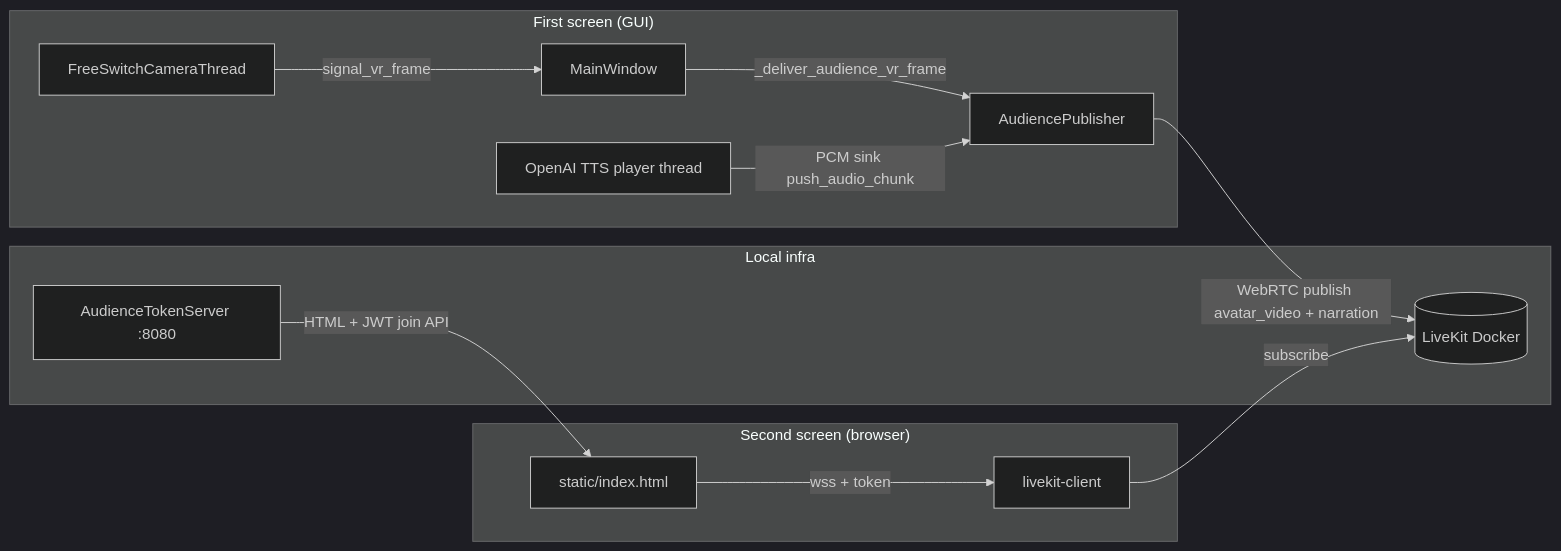
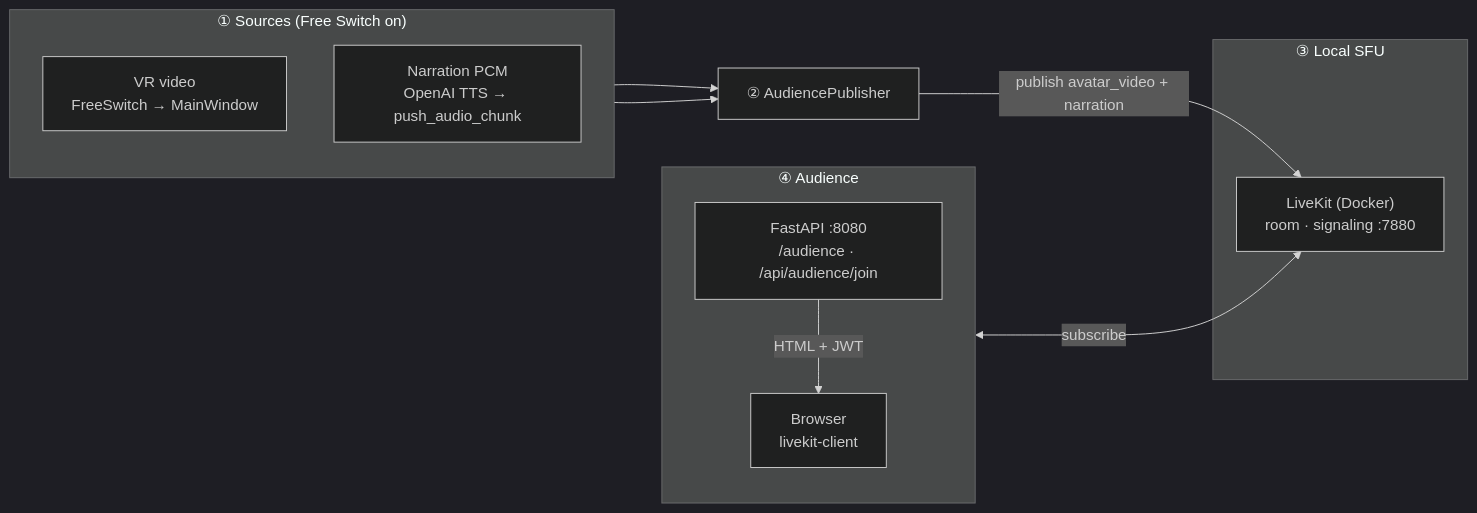
Before and after one commit to bolin35877766/miis_broadcast: the first of 3 diagrams in src/miis_broadcast/audience/README.md, drawn with Mermaid (dark theme). The commit also changed other lines of this file, not shown here.

Commit message:
Docs (audience): horizontal LR flowcharts and English end-to-end flow section.

````diff
--- a/src/miis_broadcast/audience/README.md
+++ b/src/miis_broadcast/audience/README.md
@@ -30,27 +43,26 @@
 ```mermaid
 flowchart LR
-  subgraph Control["First screen (GUI)"]
-    FS[FreeSwitchCameraThread]
-    GUI[MainWindow]
-    TTS[OpenAI TTS player thread]
-    PUB[AudiencePublisher]
+  subgraph SRC["① Sources (Free Switch on)"]
+    direction TB
+    VR["VR video<br/>FreeSwitch → MainWindow"]
+    PCM["Narration PCM<br/>OpenAI TTS → push_audio_chunk"]
   end
 
-  subgraph Infra["Local infra"]
-    LK[(LiveKit Docker)]
-    HTTP[AudienceTokenServer :8080]
+  PUB["② AudiencePublisher"]
+
+  subgraph LOC["③ Local SFU"]
+    LK["LiveKit (Docker)<br/>room · signaling :7880"]
   end
 
-  subgraph View["Second screen (browser)"]
-    PG[static/index.html]
-    LKJS[livekit-client]
+  subgraph AUD["④ Audience"]
+    direction TB
+    HTTP["FastAPI :8080<br/>/audience · /api/audience/join"]
+    BR["Browser<br/>livekit-client"]
   end
 
-  FS -->|signal_vr_frame| GUI
-  GUI -->|_deliver_audience_vr_frame| PUB
-  TTS -->|PCM sink push_audio_chunk| PUB
-  PUB -->|WebRTC publish avatar_video + narration| LK
-  HTTP -->|HTML + JWT join API| PG
-  PG -->|wss + token| LKJS
-  LKJS -->|subscribe| LK
+  VR --> PUB
+  PCM --> PUB
+  PUB -->|"publish avatar_video + narration"| LK
+  HTTP -->|"HTML + JWT"| BR
+  BR <-->|"subscribe"| LK
 ```
````
